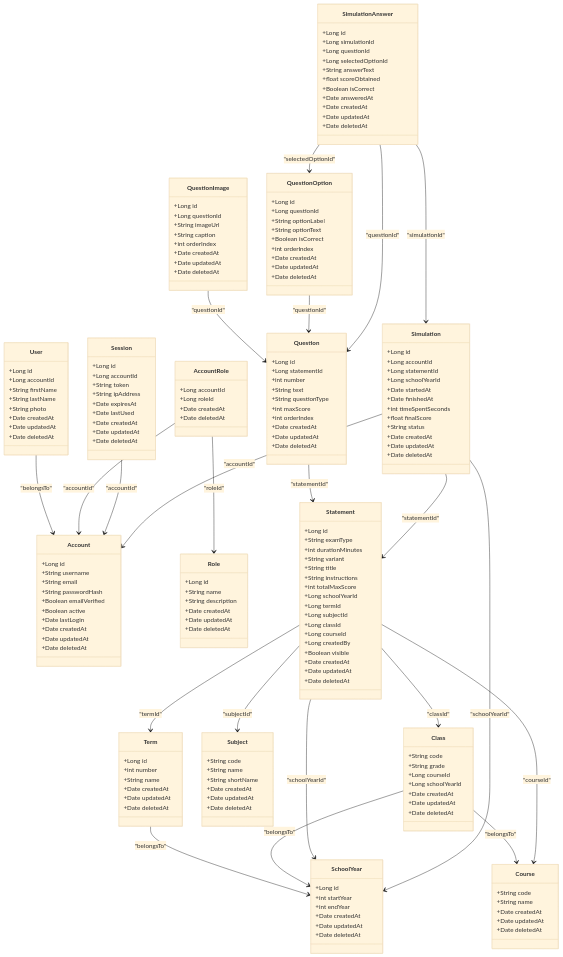
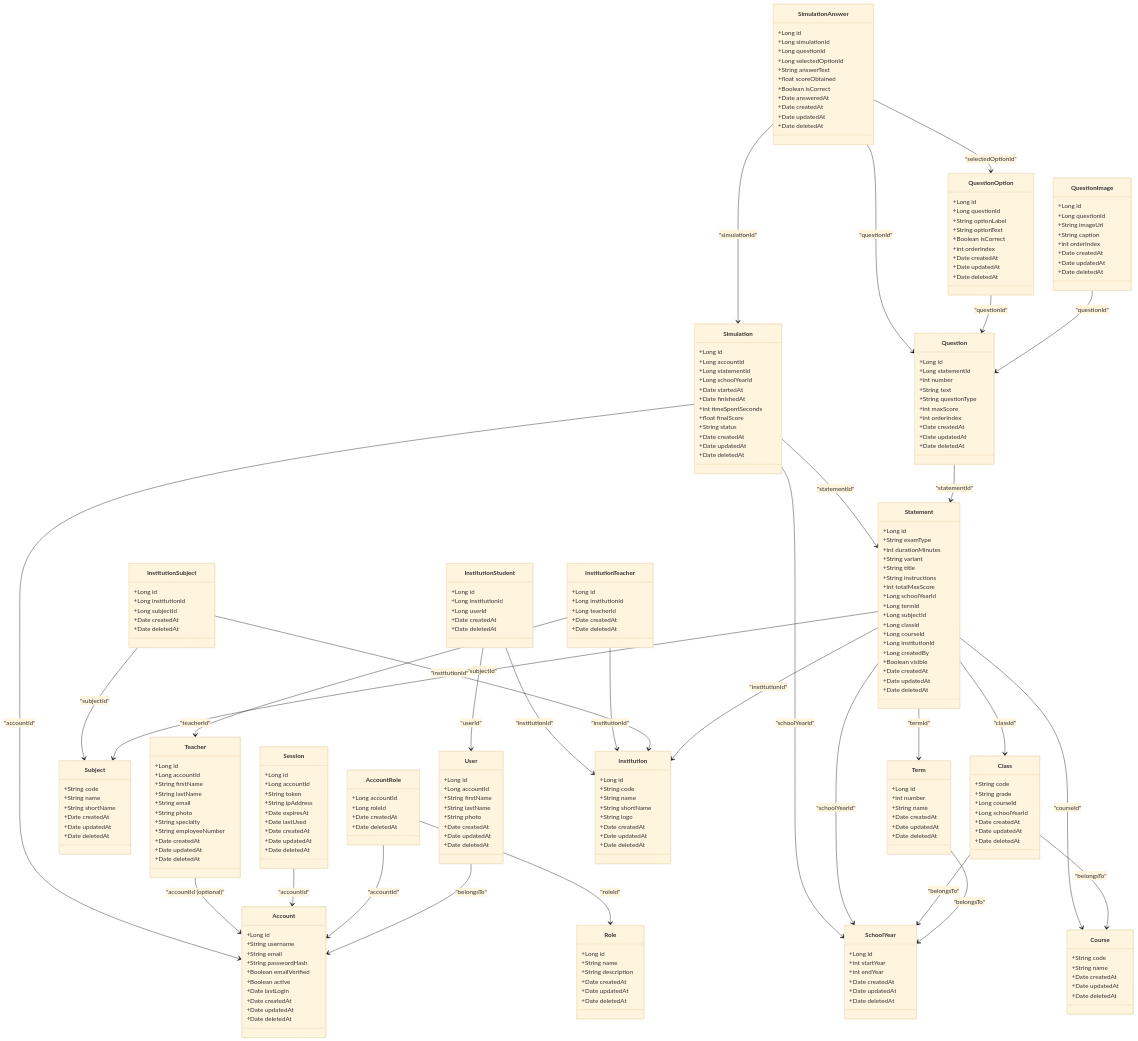
The diagram in conceptual/architecture/db/enteities-uml.md (creative-mode/kixi), drawn with Mermaid (base theme) before and after one commit. The commit also changed 13 other files, not shown here.

```diff
--- a/conceptual/architecture/db/enteities-uml.md
+++ b/conceptual/architecture/db/enteities-uml.md
@@ -114,10 +114,60 @@
         +Long subjectId
         +Long classId
         +Long courseId
+        +Long institutionId
         +Long createdBy
         +Boolean visible
         +Date createdAt
         +Date updatedAt
+        +Date deletedAt
+    }
+
+    class Institution {
+        +Long id
+        +String code
+        +String name
+        +String shortName
+        +String logo
+        +Date createdAt
+        +Date updatedAt
+        +Date deletedAt
+    }
+
+    class Teacher {
+        +Long id
+        +Long accountId
+        +String firstName
+        +String lastName
+        +String email
+        +String photo
+        +String specialty
+        +String employeeNumber
+        +Date createdAt
+        +Date updatedAt
+        +Date deletedAt
+    }
+
+    class InstitutionSubject {
+        +Long id
+        +Long institutionId
+        +Long subjectId
+        +Date createdAt
+        +Date deletedAt
+    }
+
+    class InstitutionTeacher {
+        +Long id
+        +Long institutionId
+        +Long teacherId
+        +Date createdAt
+        +Date deletedAt
+    }
+
+    class InstitutionStudent {
+        +Long id
+        +Long institutionId
+        +Long userId
+        +Date createdAt
         +Date deletedAt
     }
 
@@ -199,6 +249,14 @@
     Statement --> Subject : "subjectId"
     Statement --> Class : "classId"
     Statement --> Course : "courseId"
+    Statement --> Institution : "institutionId"
+    Teacher --> Account : "accountId (optional)"
+    InstitutionSubject --> Institution : "institutionId"
+    InstitutionSubject --> Subject : "subjectId"
+    InstitutionTeacher --> Institution : "institutionId"
+    InstitutionTeacher --> Teacher : "teacherId"
+    InstitutionStudent --> Institution : "institutionId"
+    InstitutionStudent --> User : "userId"
     Question --> Statement : "statementId"
     QuestionImage --> Question : "questionId"
     QuestionOption --> Question : "questionId"
```
